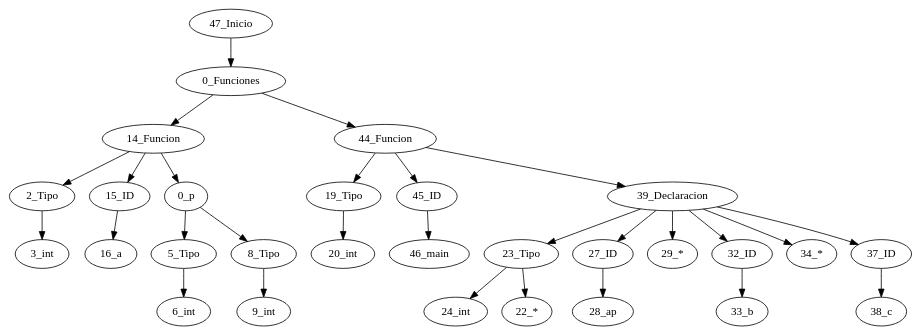
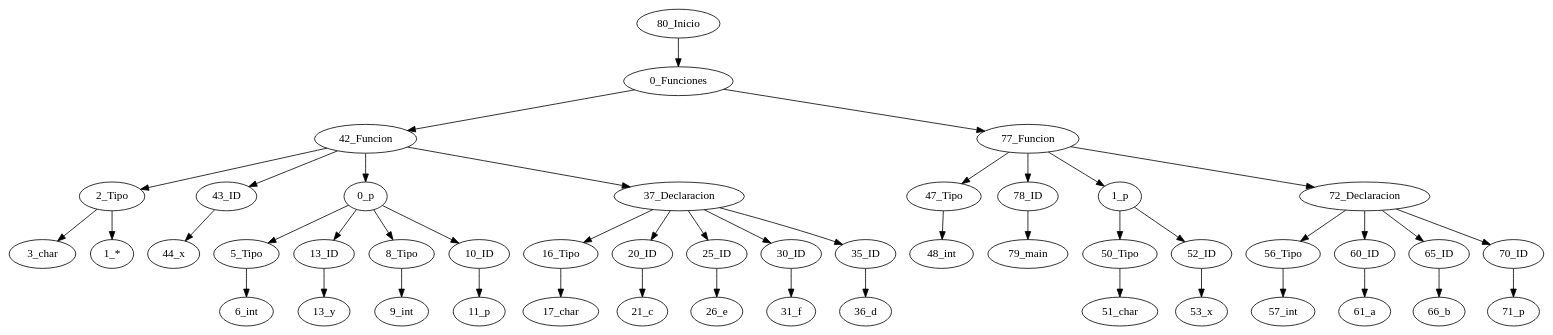
Before and after one commit to IlianaPinto/Mini-C: the diagram in Interfaz/src/Analizador/generado.dot, drawn with Graphviz. The commit also changed 5 other files, not shown here.

```diff
--- a/Interfaz/src/Analizador/generado.dot
+++ b/Interfaz/src/Analizador/generado.dot
@@ -1,30 +1,48 @@
 digraph {
-"47_Inicio" -> "0_Funciones";
-"0_Funciones" -> "14_Funcion";
-"14_Funcion" -> "2_Tipo";
-"2_Tipo" -> "3_int";
-"14_Funcion" -> "15_ID";
-"15_ID" -> "16_a";
-"14_Funcion" -> "0_p";
+"80_Inicio" -> "0_Funciones";
+"0_Funciones" -> "42_Funcion";
+"42_Funcion" -> "2_Tipo";
+"2_Tipo" -> "3_char";
+"2_Tipo" -> "1_*";
+"42_Funcion" -> "43_ID";
+"43_ID" -> "44_x";
+"42_Funcion" -> "0_p";
 "0_p" -> "5_Tipo";
 "5_Tipo" -> "6_int";
+"0_p" -> "13_ID";
+"13_ID" -> "13_y";
 "0_p" -> "8_Tipo";
 "8_Tipo" -> "9_int";
-"0_Funciones" -> "44_Funcion";
-"44_Funcion" -> "19_Tipo";
-"19_Tipo" -> "20_int";
-"44_Funcion" -> "45_ID";
-"45_ID" -> "46_main";
-"44_Funcion" -> "39_Declaracion";
-"39_Declaracion" -> "23_Tipo";
-"23_Tipo" -> "24_int";
-"23_Tipo" -> "22_*";
-"39_Declaracion" -> "27_ID";
-"27_ID" -> "28_ap";
-"39_Declaracion" -> "29_*";
-"39_Declaracion" -> "32_ID";
-"32_ID" -> "33_b";
-"39_Declaracion" -> "34_*";
-"39_Declaracion" -> "37_ID";
-"37_ID" -> "38_c";
+"0_p" -> "10_ID";
+"10_ID" -> "11_p";
+"42_Funcion" -> "37_Declaracion";
+"37_Declaracion" -> "16_Tipo";
+"16_Tipo" -> "17_char";
+"37_Declaracion" -> "20_ID";
+"20_ID" -> "21_c";
+"37_Declaracion" -> "25_ID";
+"25_ID" -> "26_e";
+"37_Declaracion" -> "30_ID";
+"30_ID" -> "31_f";
+"37_Declaracion" -> "35_ID";
+"35_ID" -> "36_d";
+"0_Funciones" -> "77_Funcion";
+"77_Funcion" -> "47_Tipo";
+"47_Tipo" -> "48_int";
+"77_Funcion" -> "78_ID";
+"78_ID" -> "79_main";
+"77_Funcion" -> "1_p";
+"1_p" -> "50_Tipo";
+"50_Tipo" -> "51_char";
+"1_p" -> "52_ID";
+"52_ID" -> "53_x";
+"77_Funcion" -> "72_Declaracion";
+"72_Declaracion" -> "56_Tipo";
+"56_Tipo" -> "57_int";
+"72_Declaracion" -> "60_ID";
+"60_ID" -> "61_a";
+"72_Declaracion" -> "65_ID";
+"65_ID" -> "66_b";
+"72_Declaracion" -> "70_ID";
+"70_ID" -> "71_p";
 }
```
